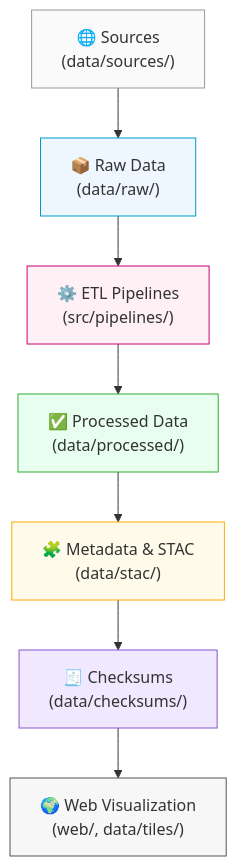
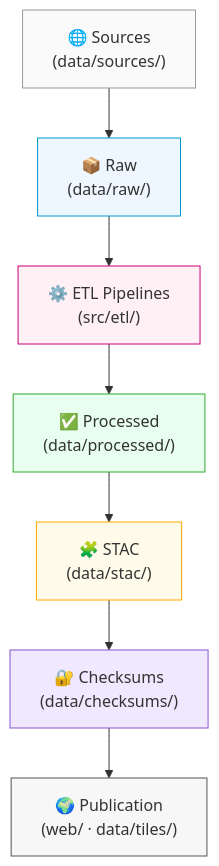
Before and after one commit to bartytime4life/Kansas-Frontier-Matrix: the diagram in docs/architecture/diagrams/README.md, drawn with Mermaid. The commit also changed other lines of this file, not shown here.

````diff
--- a/docs/architecture/diagrams/README.md
+++ b/docs/architecture/diagrams/README.md
@@ -105,17 +142,17 @@
 ```mermaid
 flowchart TD
-  A["🌐 Sources\n(data/sources/)"] --> B["📦 Raw Data\n(data/raw/)"]
-  B --> C["⚙️ ETL Pipelines\n(src/pipelines/)"]
-  C --> D["✅ Processed Data\n(data/processed/)"]
-  D --> E["🧩 Metadata & STAC\n(data/stac/)"]
-  E --> F["🧾 Checksums\n(data/checksums/)"]
-  F --> G["🌍 Web Visualization\n(web/, data/tiles/)"]
+  A["🌐 Sources\n(data/sources/)"] --> B["📦 Raw\n(data/raw/)"]
+  B --> C["⚙️ ETL Pipelines\n(src/etl/)"]
+  C --> D["✅ Processed\n(data/processed/)"]
+  D --> E["🧩 STAC\n(data/stac/)"]
+  E --> F["🔐 Checksums\n(data/checksums/)"]
+  F --> G["🌍 Publication\n(web/ · data/tiles/)"]
 
   style A fill:#fafafa,stroke:#999
   style B fill:#eef7ff,stroke:#0099cc
   style C fill:#fff0f5,stroke:#cc0077
   style D fill:#e8fff0,stroke:#33aa33
   style E fill:#fffbea,stroke:#ffaa00
   style F fill:#f0e8ff,stroke:#8855cc
   style G fill:#f7f7f7,stroke:#555
 ```
````
